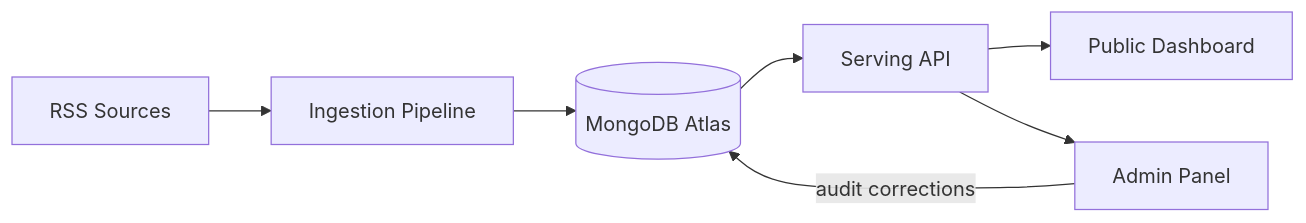
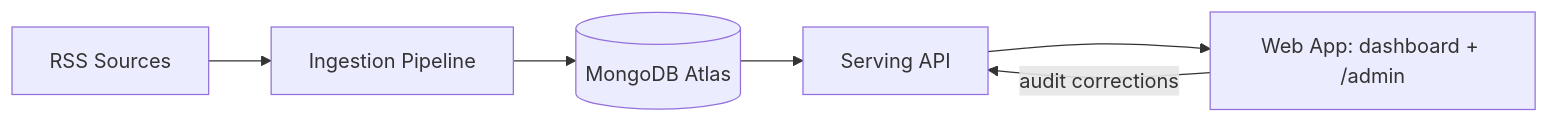
The diagram in README.md (rmitvietnamfintechclub/FinSense), drawn with Mermaid before and after one commit. The commit also changed other lines of this file and 77 other files, not shown here.

````diff
--- a/README.md
+++ b/README.md
@@ -84,9 +83,8 @@
 ```mermaid
 flowchart LR
     A[RSS Sources] --> B[Ingestion Pipeline]
     B --> C[(MongoDB Atlas)]
     C --> D[Serving API]
-    D --> E[Public Dashboard]
-    D --> F[Admin Panel]
-    F -->|audit corrections| C
+    D --> E[Web App: dashboard + /admin]
+    E -->|audit corrections| D
 ```
````
